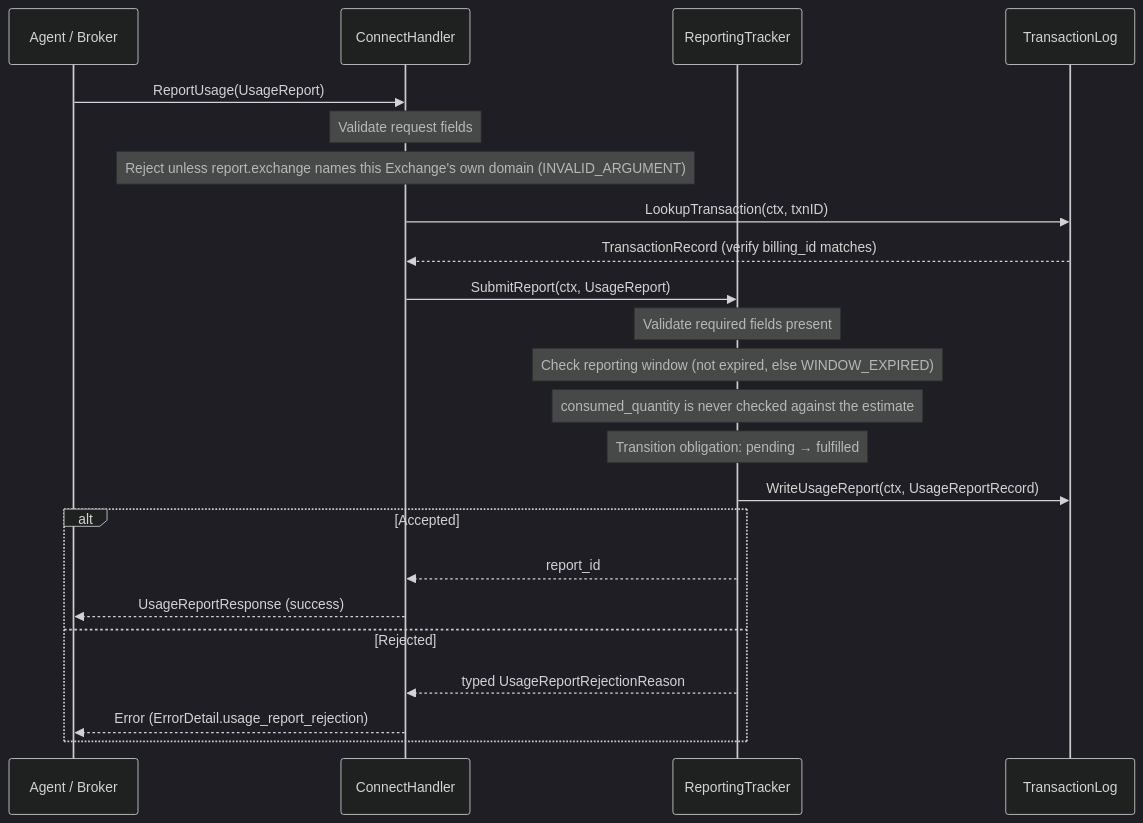
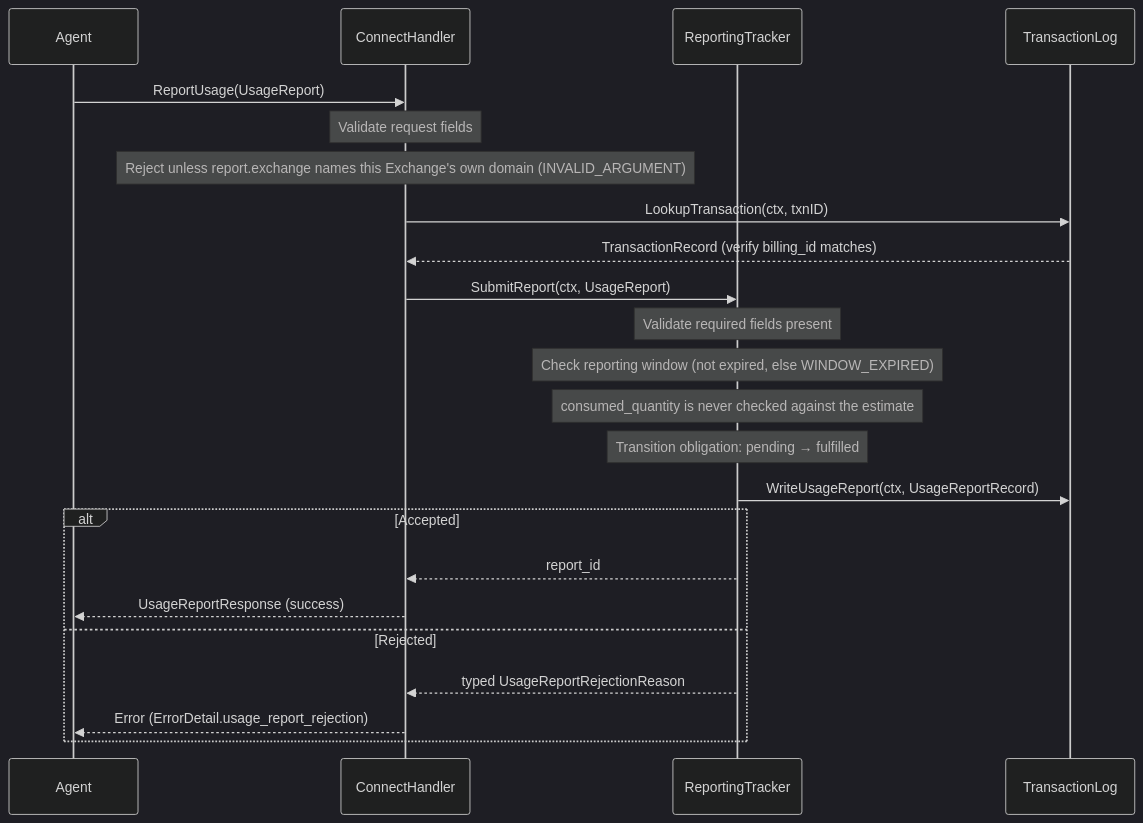
Before and after one commit to FORA-Protocol/protocol: the third of 5 diagrams in website/src/content/docs/components/exchange/request-flows.mdx, drawn with Mermaid (dark theme). The commit also changed other lines of this file and 46 other files, not shown here.

````diff
--- a/website/src/content/docs/components/exchange/request-flows.mdx
+++ b/website/src/content/docs/components/exchange/request-flows.mdx
@@ -734,32 +753,32 @@
 ```mermaid
 sequenceDiagram
-    participant Agent as Agent / Broker
+    participant Agent
     participant Handler as ConnectHandler
     participant RT as ReportingTracker
     participant TxLog as TransactionLog
 
     Agent->>Handler: ReportUsage(UsageReport)
 
     Note over Handler: Validate request fields
     Note over Handler: Reject unless report.exchange names this Exchange's own domain (INVALID_ARGUMENT)
 
     Handler->>TxLog: LookupTransaction(ctx, txnID)
     TxLog-->>Handler: TransactionRecord (verify billing_id matches)
 
     Handler->>RT: SubmitReport(ctx, UsageReport)
 
     Note over RT: Validate required fields present
     Note over RT: Check reporting window (not expired, else WINDOW_EXPIRED)
     Note over RT: consumed_quantity is never checked against the estimate
     Note over RT: Transition obligation: pending → fulfilled
 
     RT->>TxLog: WriteUsageReport(ctx, UsageReportRecord)
 
     alt Accepted
         RT-->>Handler: report_id
         Handler-->>Agent: UsageReportResponse (success)
     else Rejected
         RT-->>Handler: typed UsageReportRejectionReason
         Handler-->>Agent: Error (ErrorDetail.usage_report_rejection)
     end
 ```
````
